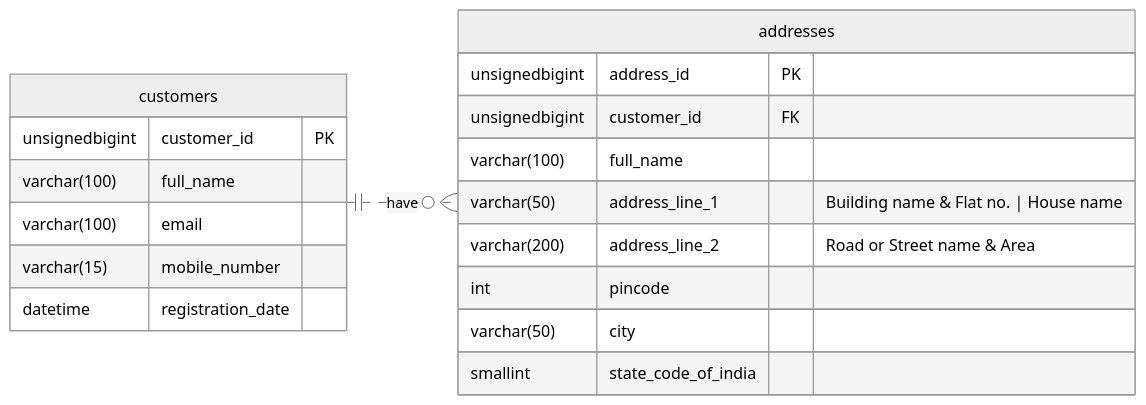
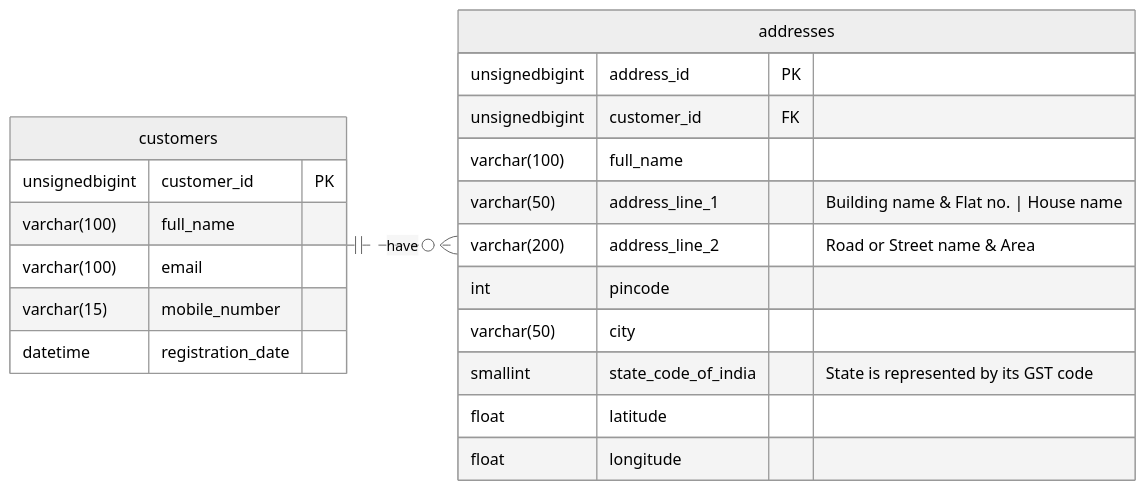
The diagram in README.md (mehtapratikd/abillioncustomers), drawn with Mermaid before and after one commit. The commit also changed other lines of this file, not shown here.

````diff
--- a/README.md
+++ b/README.md
@@ -7,26 +8,28 @@
 ```mermaid
 ---
 config:
   theme: neutral
 ---
 erDiagram
     direction LR
     customers {
         unsignedbigint customer_id PK
         varchar(100) full_name
         varchar(100) email
         varchar(15) mobile_number
         datetime registration_date
     }
     addresses {
         unsignedbigint address_id PK
         unsignedbigint customer_id FK
         varchar(100) full_name
         varchar(50) address_line_1 "Building name & Flat no. | House name"
         varchar(200) address_line_2 "Road or Street name & Area"
         int pincode
         varchar(50) city
-        smallint state_code_of_india
+        smallint state_code_of_india "State is represented by its GST code"
+        float latitude
+        float longitude
     }
     customers only one..zero or more addresses : have
 ```
````
